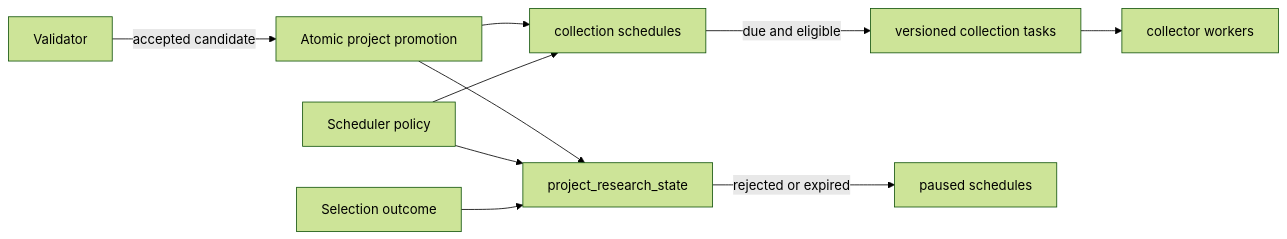
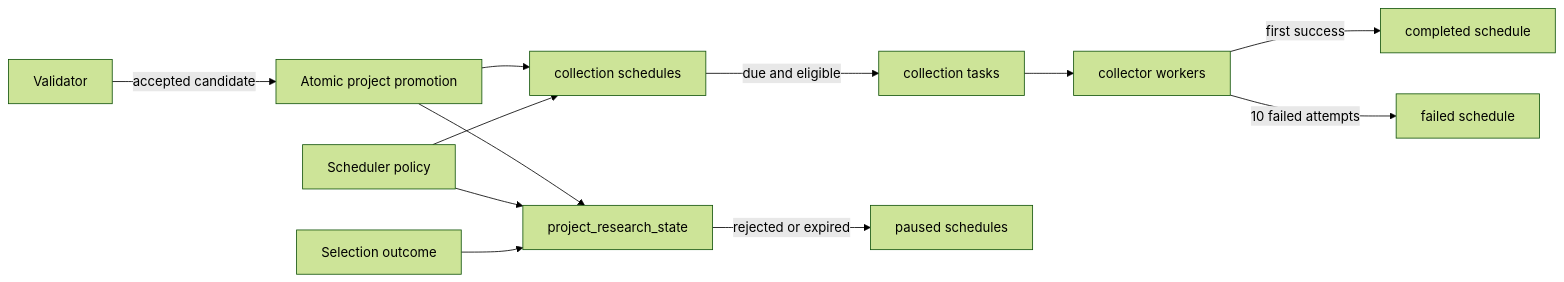
The diagram in docs/design/token-intelligence/research-lifecycle.md (useryege/athena-o), drawn with Mermaid (forest theme) before and after one commit. The commit also changed other lines of this file and 27 other files, not shown here.

````diff
--- a/docs/design/token-intelligence/research-lifecycle.md
+++ b/docs/design/token-intelligence/research-lifecycle.md
@@ -29,12 +29,14 @@
 ```mermaid
 flowchart LR
     V["Validator"] -->|"accepted candidate"| P["Atomic project promotion"]
     P --> R["project_research_state"]
     P --> S["collection schedules"]
     C["Scheduler policy"] --> R
     C --> S
-    S -->|"due and eligible"| T["versioned collection tasks"]
+    S -->|"due and eligible"| T["collection tasks"]
     T --> W["collector workers"]
+    W -->|"first success"| D["completed schedule"]
+    W -->|"10 failed attempts"| F["failed schedule"]
     E["Selection outcome"] --> R
     R -->|"rejected or expired"| X["paused schedules"]
 ```
````
